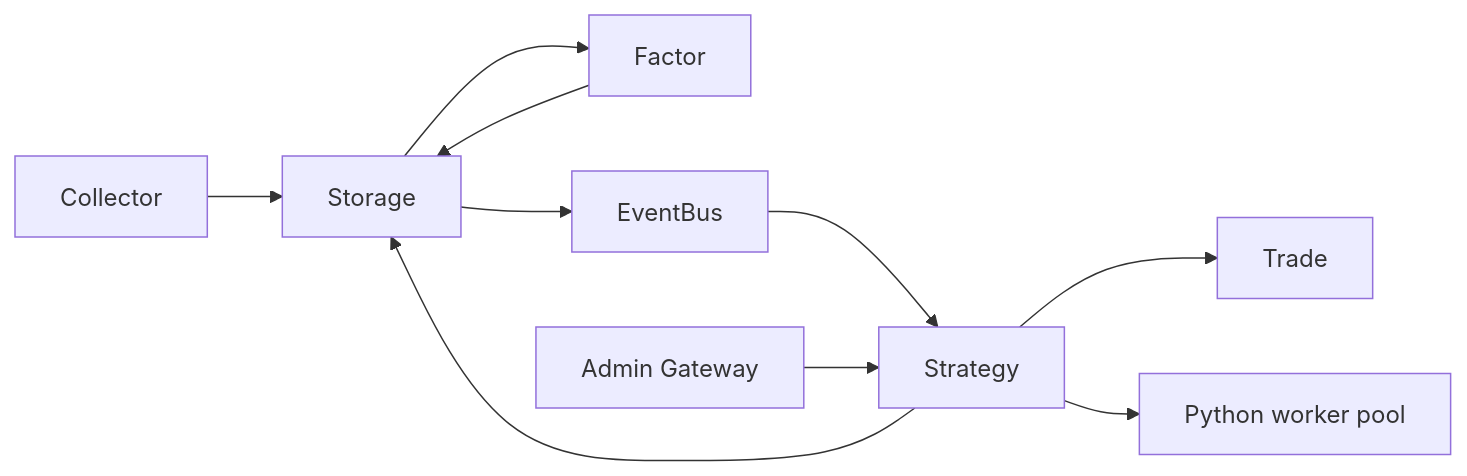
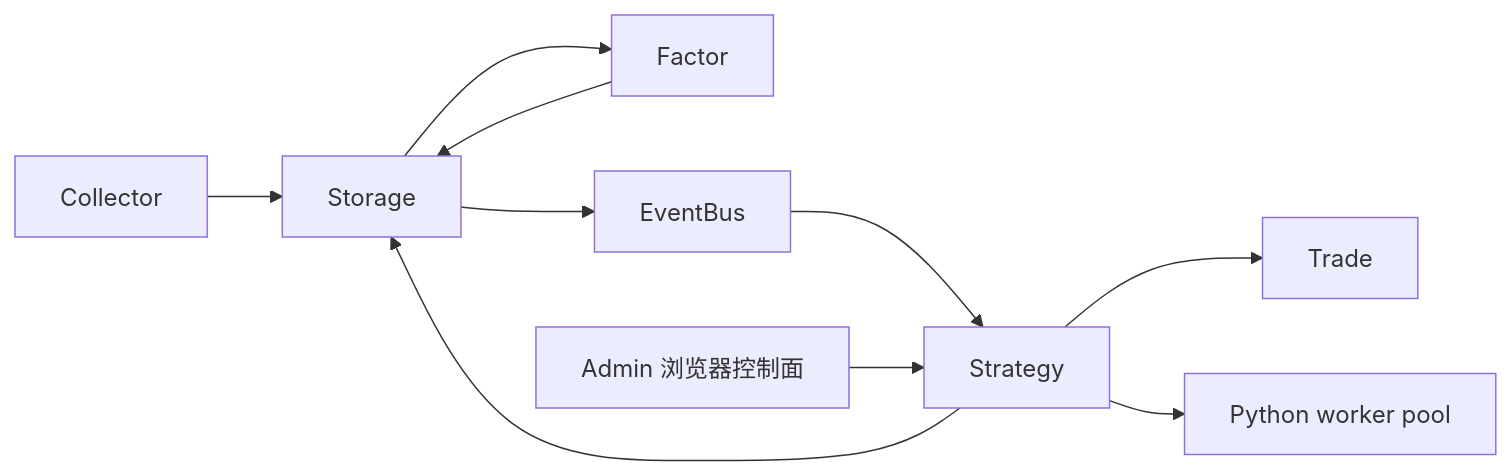
The first of 2 diagrams in docs/策略模块架构设计.md (mooyang-code/moox), drawn with Mermaid before and after one commit. The commit also changed 19 other files, not shown here.

First line of the commit message:
docs(gateway): document node service gateway architecture

````diff
--- a/docs/策略模块架构设计.md
+++ b/docs/策略模块架构设计.md
@@ -96,12 +96,12 @@
 ```mermaid
 flowchart LR
   Collector["Collector"] --> Storage["Storage"]
   Storage --> Factor["Factor"]
   Factor --> Storage
   Storage --> EventBus["EventBus"]
   EventBus --> Strategy["Strategy"]
   Strategy --> Storage
   Strategy --> Trade["Trade"]
-  Admin["Admin Gateway"] --> Strategy
+  Admin["Admin 浏览器控制面"] --> Strategy
   Strategy --> PyWorker["Python worker pool"]
 ```
````
